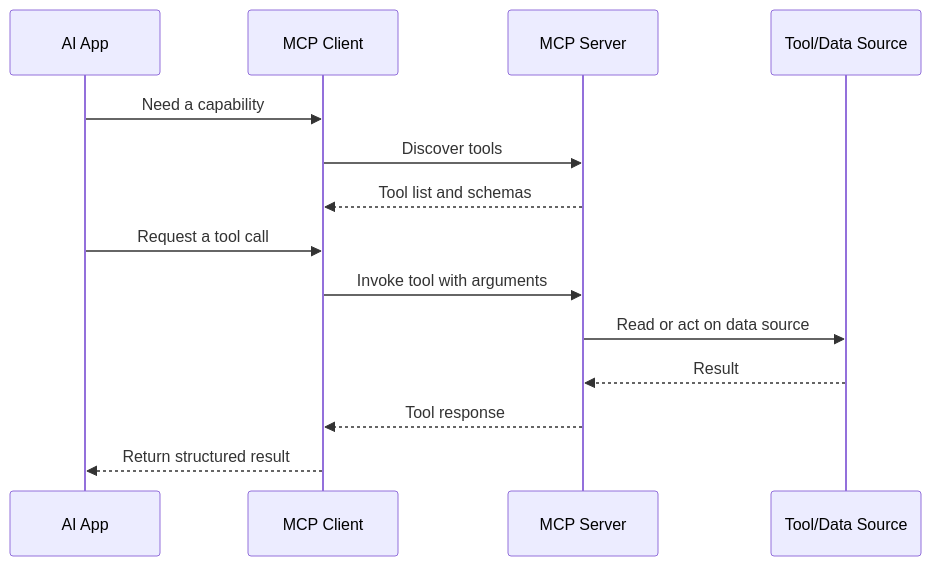
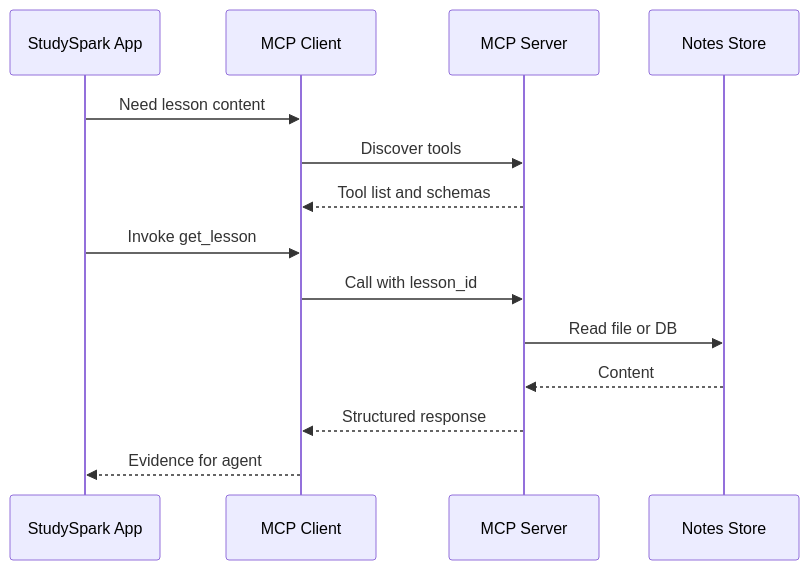
The fifth of 13 diagrams in day_25/day_25_model_context_protocol_mcp.md (Asabeneh/30-Days-Of-AI-Engineering), drawn with Mermaid before and after one commit. The commit also changed other lines of this file and 49 other files, not shown here.

````diff
--- a/day_25/day_25_model_context_protocol_mcp.md
+++ b/day_25/day_25_model_context_protocol_mcp.md
@@ -186,17 +272,17 @@
 ```mermaid
 sequenceDiagram
-        participant A as AI App
-        participant C as MCP Client
-        participant S as MCP Server
-        participant T as Tool/Data Source
+    participant A as StudySpark App
+    participant C as MCP Client
+    participant S as MCP Server
+    participant T as Notes Store
 
-        A->>C: Need a capability
-        C->>S: Discover tools
-        S-->>C: Tool list and schemas
-        A->>C: Request a tool call
-        C->>S: Invoke tool with arguments
-        S->>T: Read or act on data source
-        T-->>S: Result
-        S-->>C: Tool response
-        C-->>A: Return structured result
+    A->>C: Need lesson content
+    C->>S: Discover tools
+    S-->>C: Tool list and schemas
+    A->>C: Invoke get_lesson
+    C->>S: Call with lesson_id
+    S->>T: Read file or DB
+    T-->>S: Content
+    S-->>C: Structured response
+    C-->>A: Evidence for agent
 ```
````
